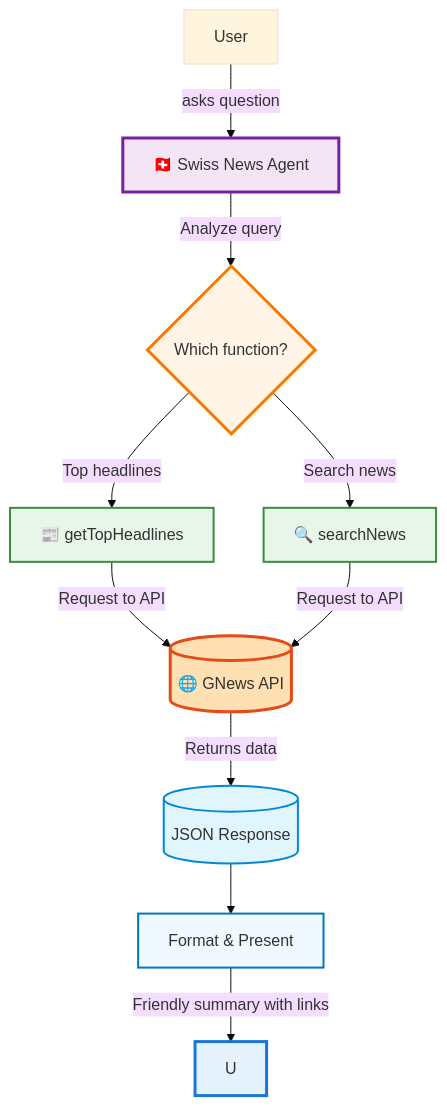
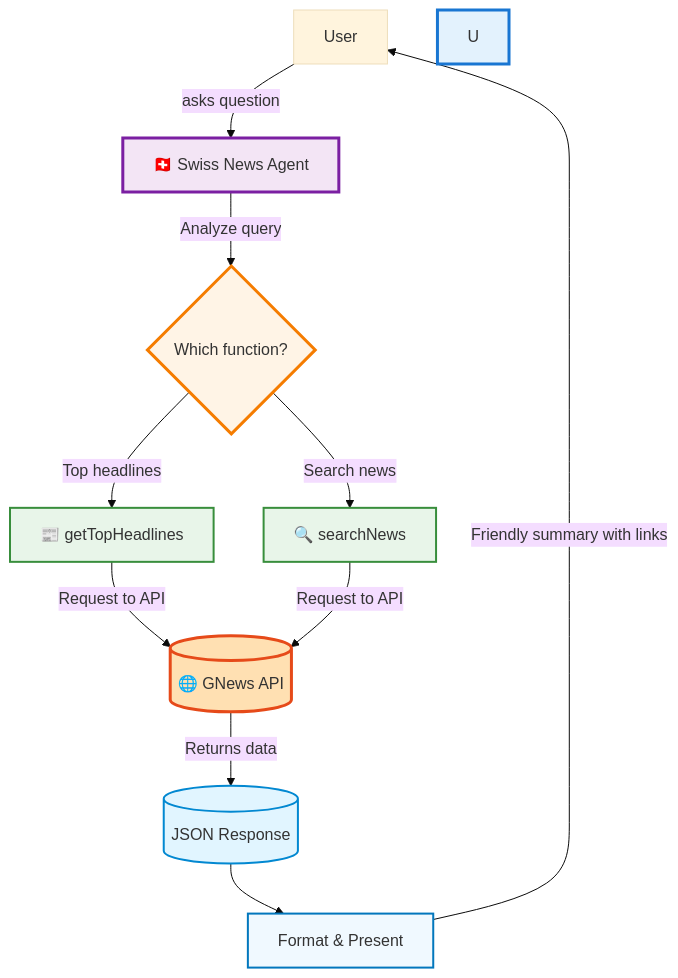
Before and after one commit to INNOQ-doc/innoq-doc: the diagram in cookbook/swiss-news-agent.mdx, drawn with Mermaid (base theme). The commit also changed 2 other files, not shown here.

Commit message:
Documentation edits made through Mintlify web editor

````diff
--- a/cookbook/swiss-news-agent.mdx
+++ b/cookbook/swiss-news-agent.mdx
@@ -26,22 +26,22 @@
 ```mermaid
 flowchart TD
     User[User] -->|asks question| A[🇨🇭 Swiss News Agent]
     A -->|Analyze query| L{Which function?}
     L -->|Top headlines| GH[📰 getTopHeadlines]
     L -->|Search news| SN[🔍 searchNews]
     GH -->|Request to API| API[(🌐 GNews API)]
     SN -->|Request to API| API
     API -->|Returns data| RES[(JSON Response)]
     RES --> P[Format & Present]
-    P -->|Friendly summary with links| U
+    P -->|Friendly summary with links| User
 
     style U fill:#e3f2fd,stroke:#1976d2,stroke-width:3px
     style A fill:#f3e5f5,stroke:#7b1fa2,stroke-width:3px
     style L fill:#fff4e6,stroke:#f57c00,stroke-width:3px
     style GH fill:#e8f5e9,stroke:#388e3c,stroke-width:2px
     style SN fill:#e8f5e9,stroke:#388e3c,stroke-width:2px
     style API fill:#ffe0b2,stroke:#e64a19,stroke-width:3px
     style RES fill:#e1f5ff,stroke:#0288d1,stroke-width:2px
     style P fill:#f0f9ff,stroke:#0277bd,stroke-width:2px
 
 ```
````
